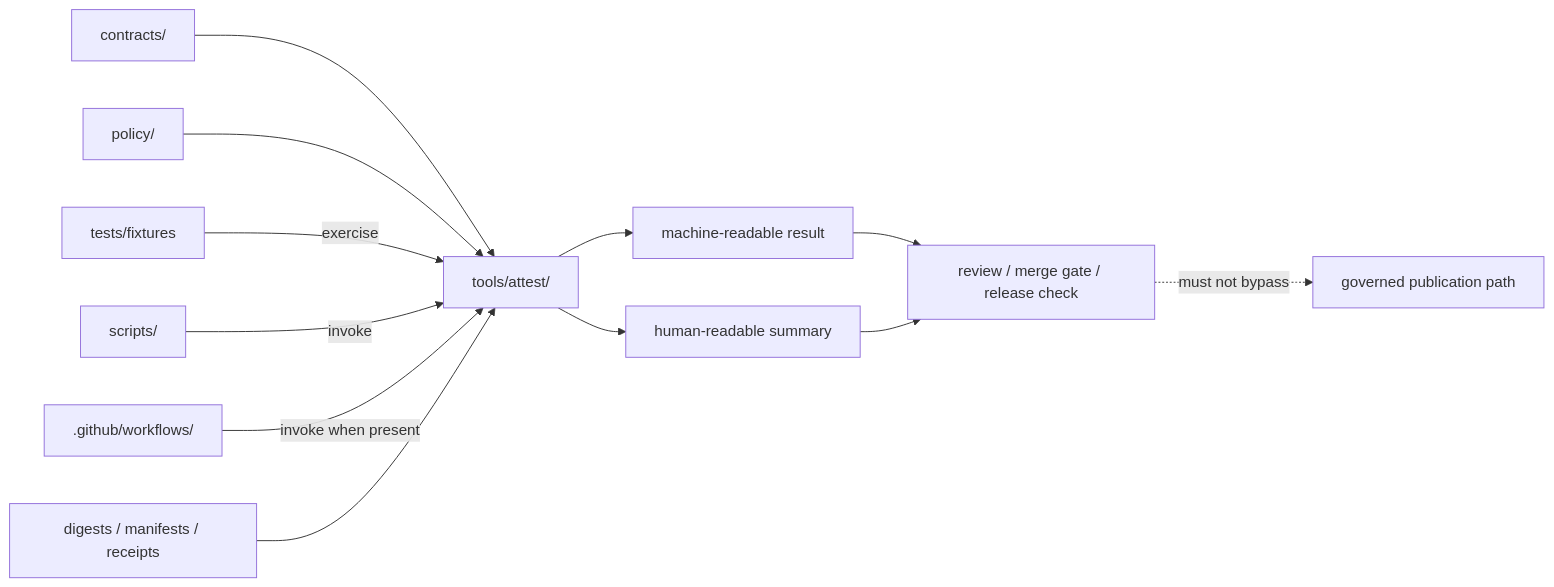
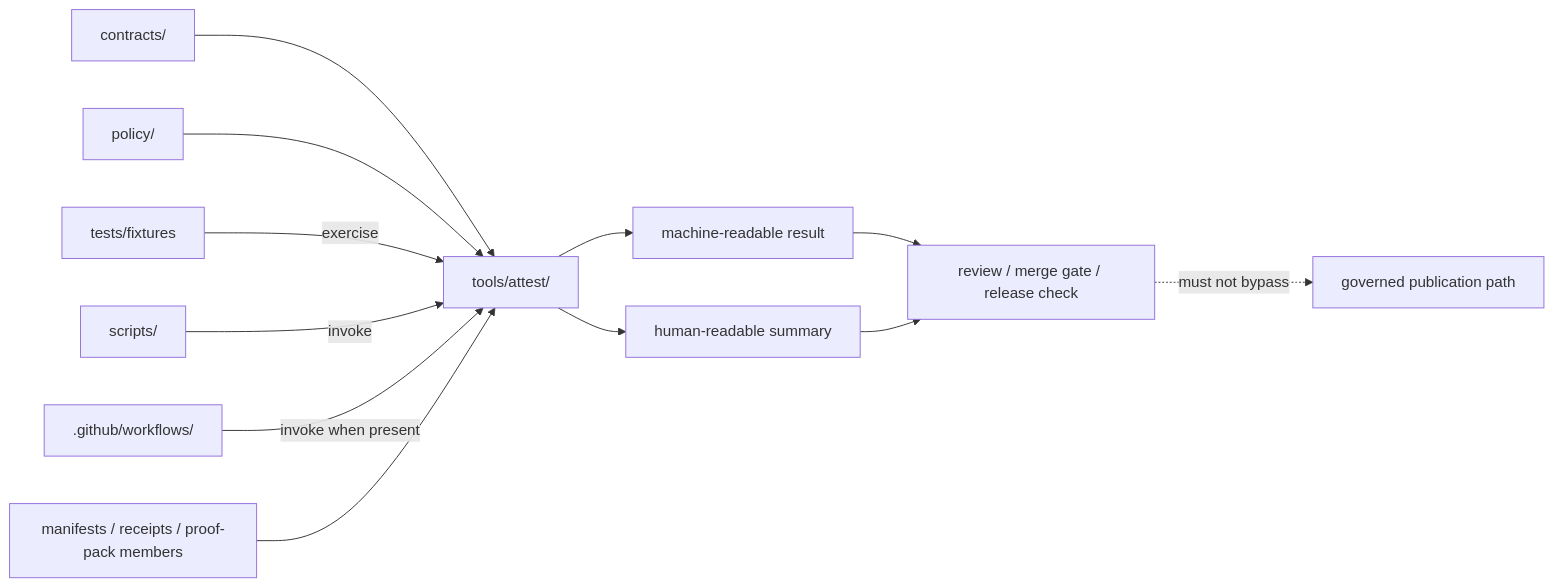
Before and after one commit to bartytime4life/Kansas-Frontier-Matrix: the diagram in tools/attest/README.md, drawn with Mermaid. The commit also changed other lines of this file, not shown here.

````diff
--- a/tools/attest/README.md
+++ b/tools/attest/README.md
@@ -336,28 +371,28 @@
 ```mermaid
 flowchart LR
   C[contracts/]
   P[policy/]
   T[tests/fixtures]
   S[scripts/]
   W[.github/workflows/]
-  D[digests / manifests / receipts]
+  D[manifests / receipts / proof-pack members]
   A[tools/attest/]
 
   R[machine-readable result]
   H[human-readable summary]
   G[review / merge gate / release check]
 
   C --> A
   P --> A
   T -->|exercise| A
   S -->|invoke| A
   W -->|invoke when present| A
   D --> A
 
   A --> R
   A --> H
   R --> G
   H --> G
 
   G -. must not bypass .-> U[governed publication path]
 ```
````
